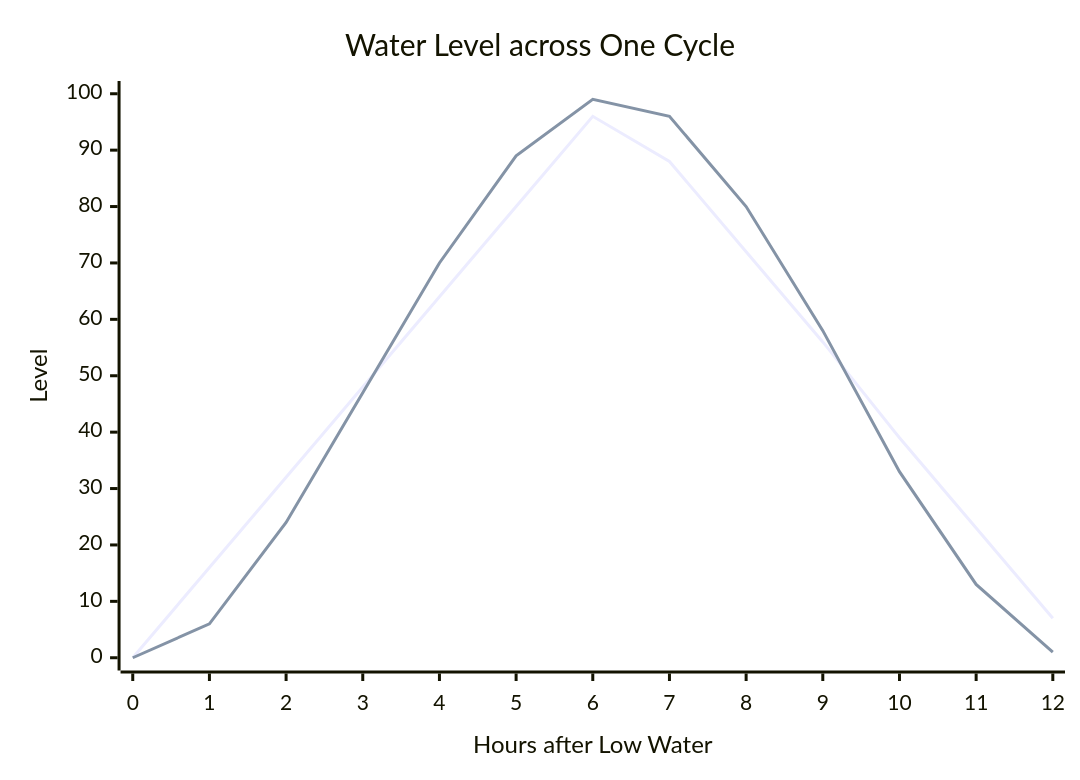
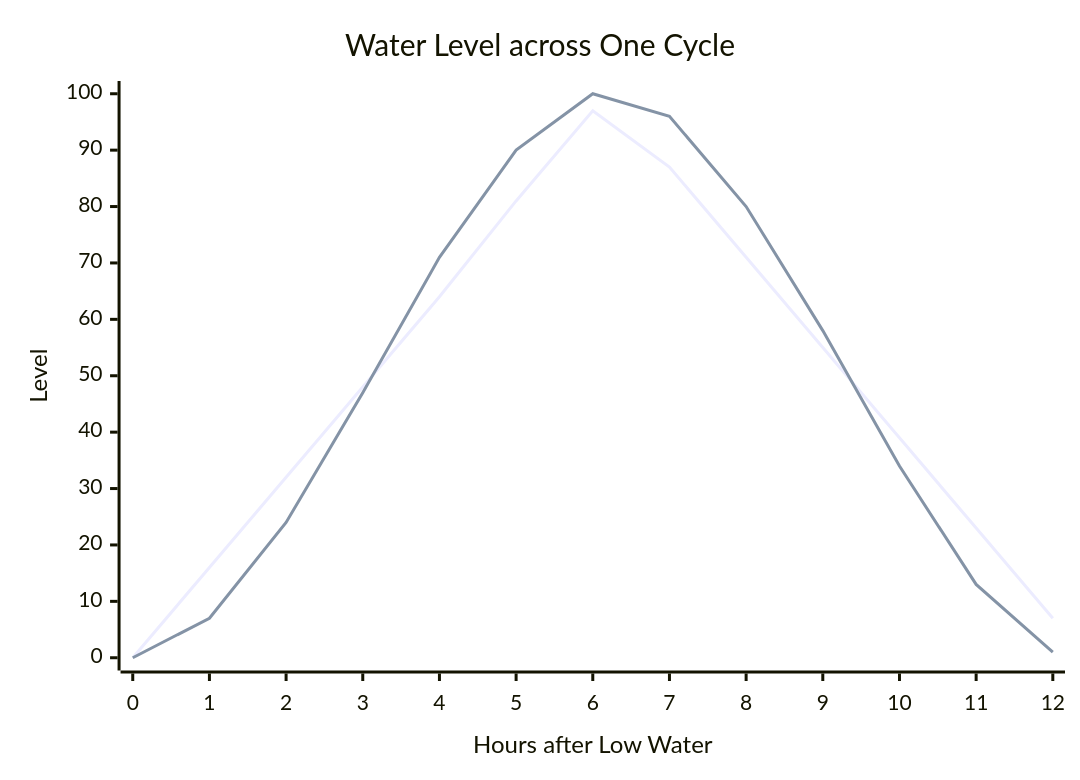
One commit to AKlitbo/pebble-app-framework changed the diagram in docs/how/tides.md. Above: the diagram before and after it, drawn with Mermaid. The commit also changed other lines of this file and 3 other files, not shown here.

````diff
--- a/docs/how/tides.md
+++ b/docs/how/tides.md
@@ -34,8 +36,8 @@
 ```mermaid
 xychart-beta
   title "Water Level across One Cycle"
   x-axis "Hours after Low Water" [0, 1, 2, 3, 4, 5, 6, 7, 8, 9, 10, 11, 12]
   y-axis "Level" 0 --> 100
-  line [0, 16, 32, 48, 64, 80, 96, 88, 72, 56, 39, 23, 7]
-  line [0, 6, 24, 47, 70, 89, 99, 96, 80, 58, 33, 13, 1]
+  line [0, 16, 32, 48, 64, 81, 97, 87, 71, 55, 39, 23, 7]
+  line [0, 7, 24, 47, 71, 90, 100, 96, 80, 58, 34, 13, 1]
 ```
````
